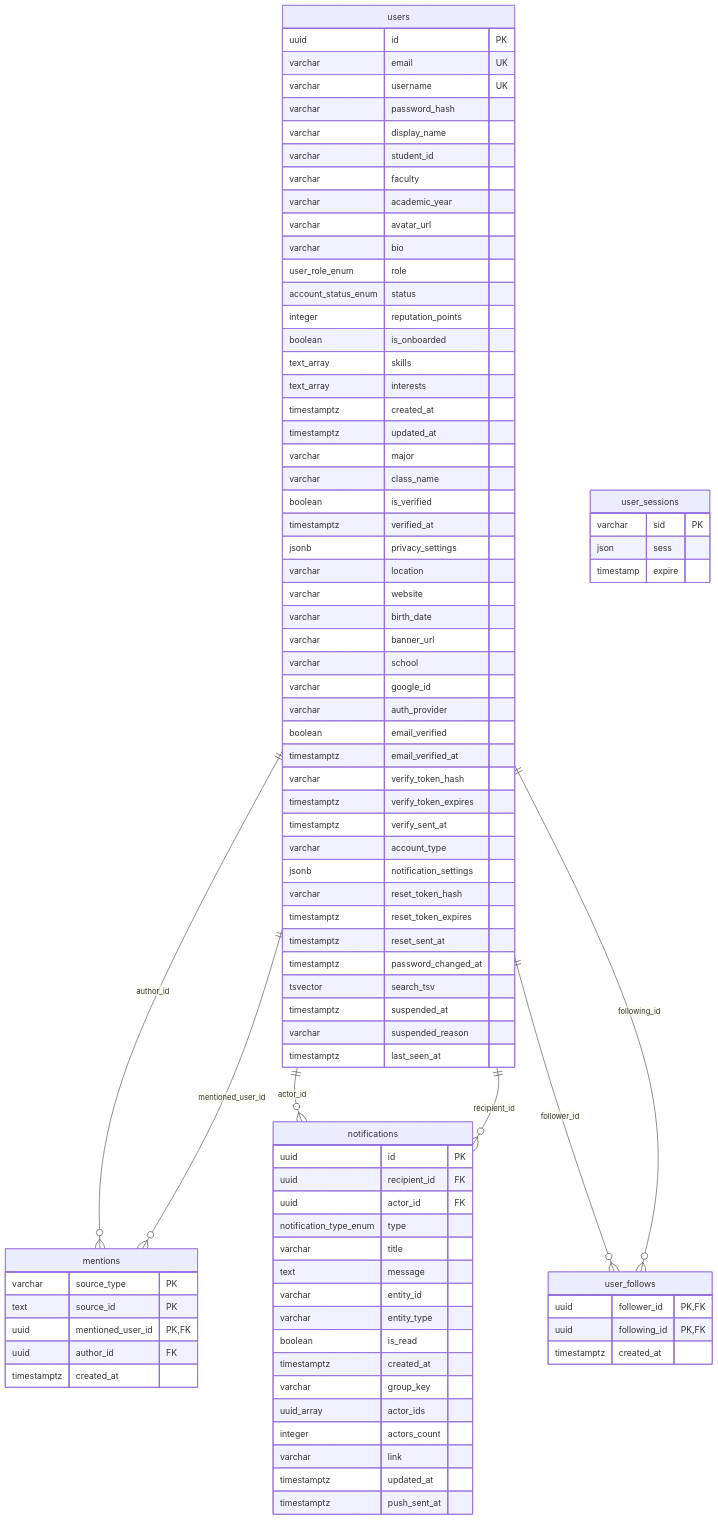
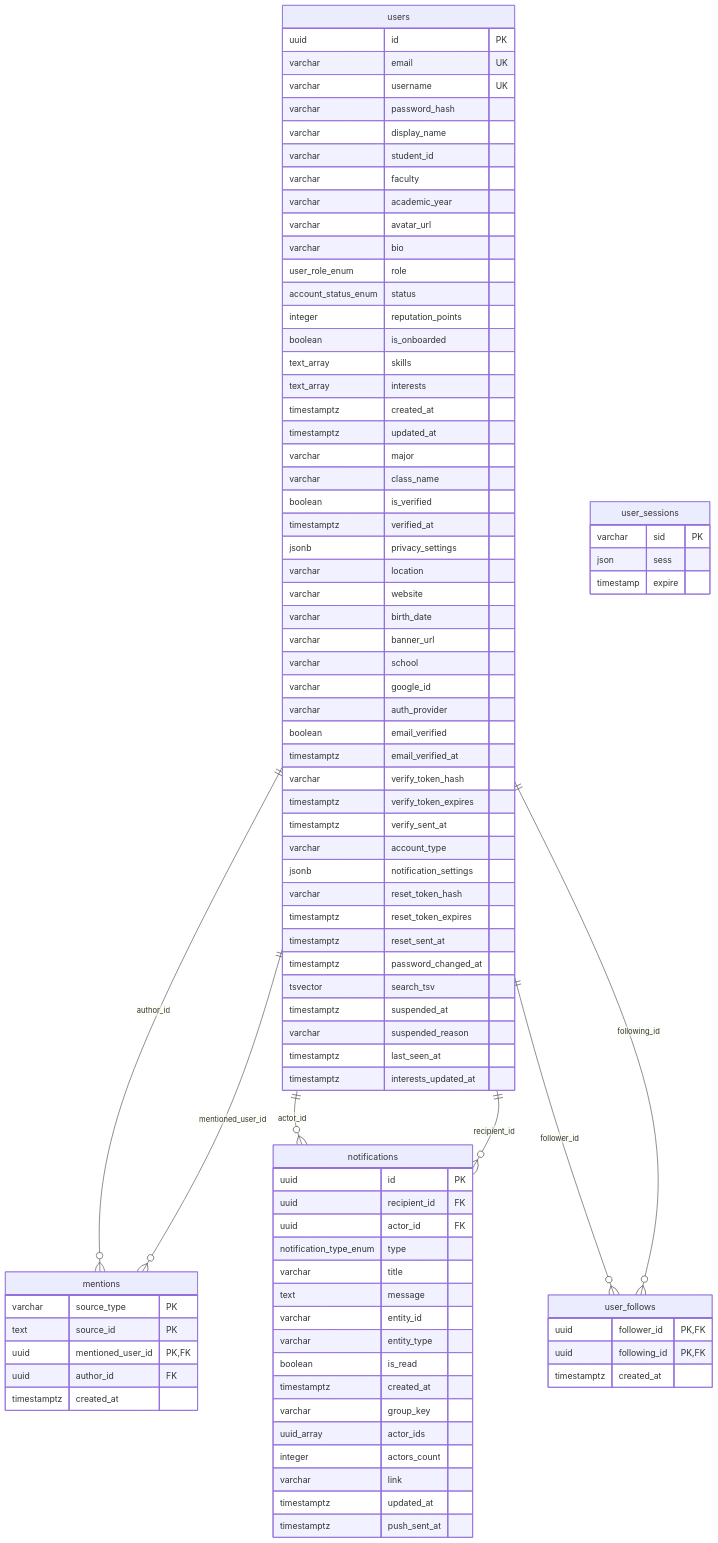
One commit to nhatcoi/pu-connect changed the second of 7 diagrams in docs/diagrams/04-erd.md. Above: the diagram before and after it, drawn with Mermaid. The commit also changed other lines of this file and 6 other files, not shown here.

```diff
--- a/docs/diagrams/04-erd.md
+++ b/docs/diagrams/04-erd.md
@@ -122,6 +124,7 @@
     timestamptz suspended_at
     varchar suspended_reason
     timestamptz last_seen_at
+    timestamptz interests_updated_at
   }
   user_follows {
     uuid follower_id PK,FK
```
